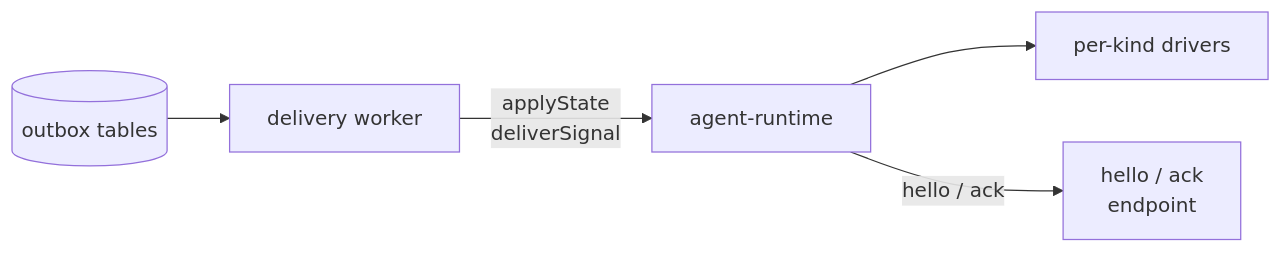
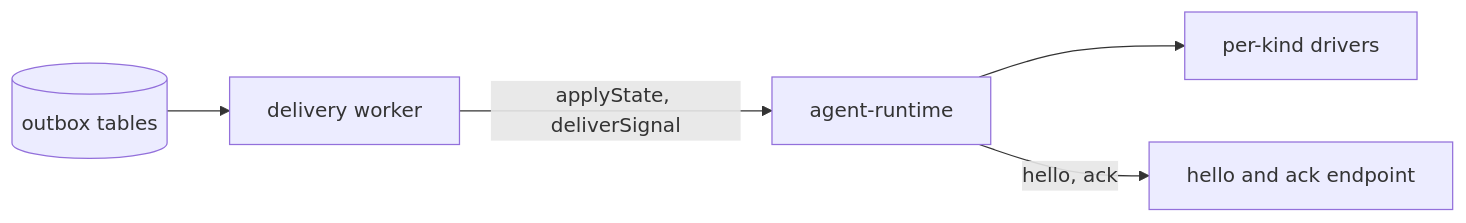
One commit to dam-agents/dam changed the second of 5 diagrams in docs/architecture/connections.md. Above: the diagram before and after it, drawn with Mermaid. The commit also changed other lines of this file, not shown here.

First line of the commit message:
docs(architecture): rewrite mermaid diagrams for Zed compatibility

````diff
--- a/docs/architecture/connections.md
+++ b/docs/architecture/connections.md
@@ -42,13 +48,13 @@
 ```mermaid
 flowchart LR
   outbox[(outbox tables)]
   worker[delivery worker]
   rt[agent-runtime]
   drivers[per-kind drivers]
-  hello[hello / ack<br/>endpoint]
+  hello[hello and ack endpoint]
 
   outbox --> worker
-  worker -->|applyState<br/>deliverSignal| rt
+  worker -->|applyState, deliverSignal| rt
   rt --> drivers
-  rt -->|hello / ack| hello
+  rt -->|hello, ack| hello
 ```
````
